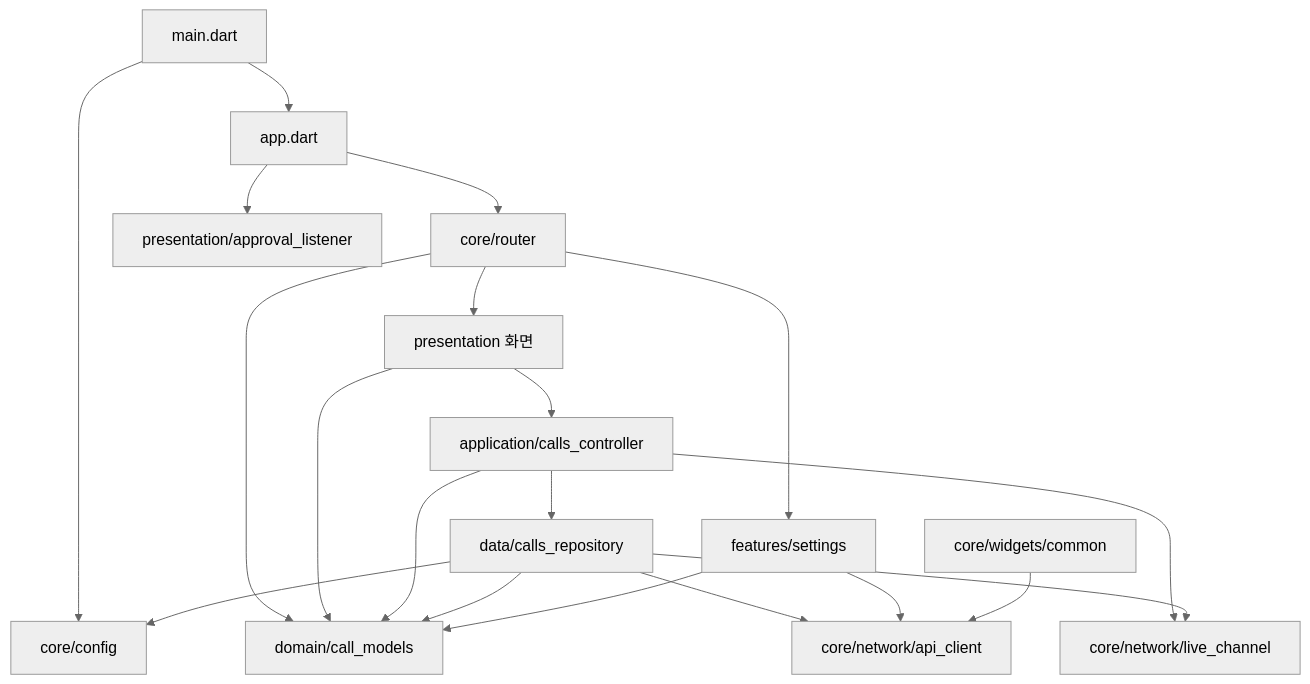
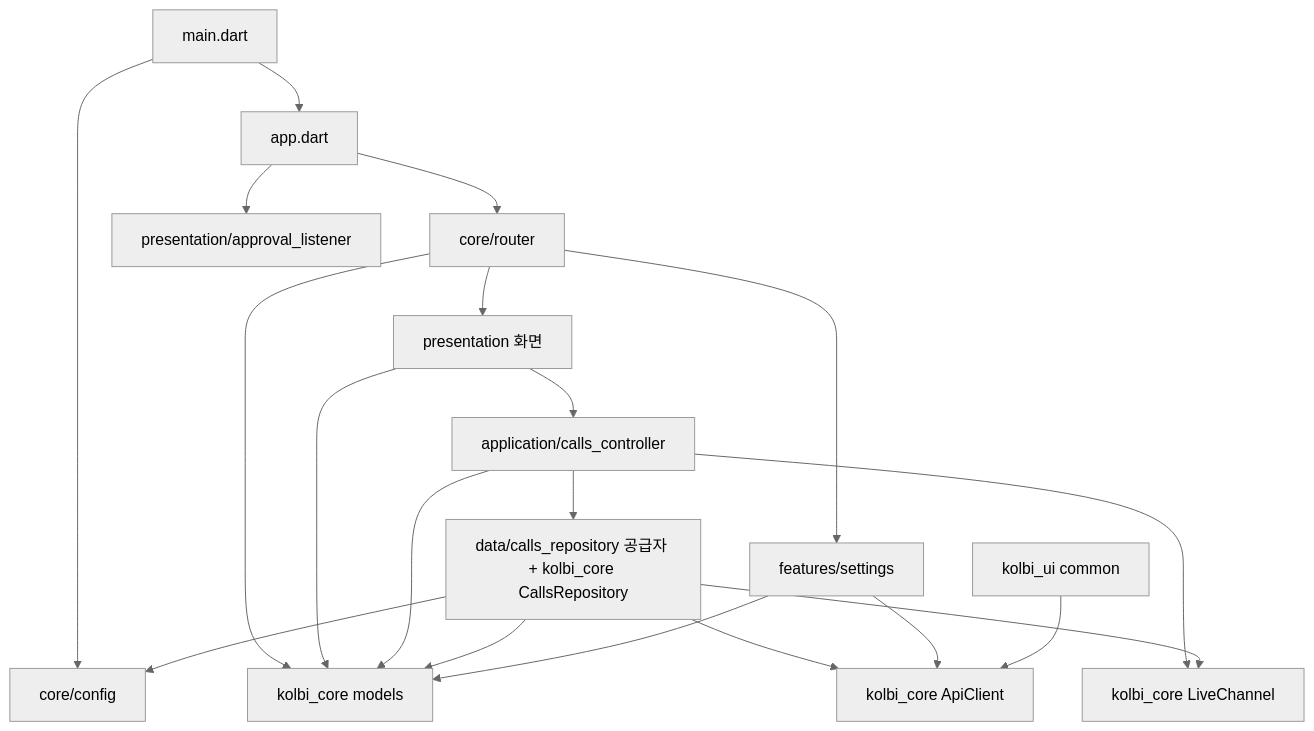
Before and after one commit to Jason8117/jason-danmuzi: the second of 2 diagrams in .moai/project/codemaps/dependencies.md, drawn with Mermaid (neutral theme). The commit also changed other lines of this file and 8 other files, not shown here.

````diff
--- a/.moai/project/codemaps/dependencies.md
+++ b/.moai/project/codemaps/dependencies.md
@@ -83,22 +92,22 @@
 ```mermaid
 flowchart TD
   main[main.dart] --> appd[app.dart]
   main --> settings[core/config]
   appd --> router[core/router]
   appd --> listener[presentation/approval_listener]
   router --> screens[presentation 화면]
   router --> settingsScreen[features/settings]
-  router --> models[domain/call_models]
+  router --> models[kolbi_core models]
   screens --> controller[application/calls_controller]
   screens --> models
-  controller --> repo[data/calls_repository]
-  controller --> live[core/network/live_channel]
+  controller --> repo[data/calls_repository 공급자 + kolbi_core CallsRepository]
+  controller --> live[kolbi_core LiveChannel]
   controller --> models
-  repo --> api[core/network/api_client]
+  repo --> api[kolbi_core ApiClient]
   repo --> live
   repo --> settings
   repo --> models
   settingsScreen --> api
   settingsScreen --> models
-  widgetsCommon[core/widgets/common] --> api
+  widgetsCommon[kolbi_ui common] --> api
 ```
````
